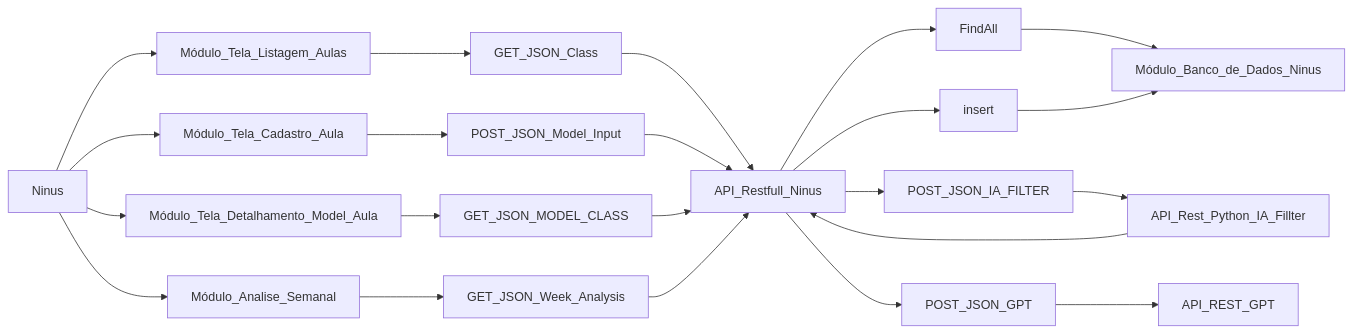
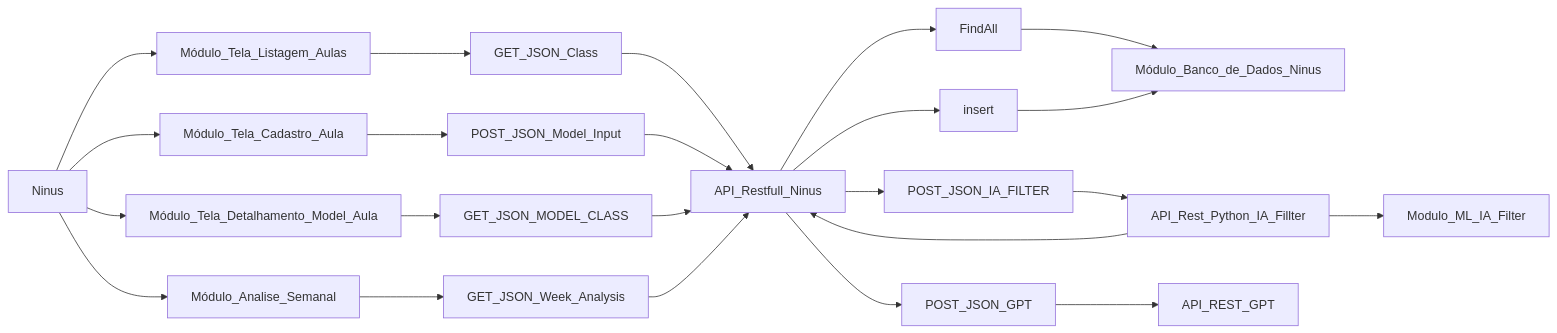
One commit to VitorRT/Sprint2-Digital-Business-Vitor changed the diagram in README.md. Above: the diagram before and after it, drawn with Mermaid.

````diff
--- a/README.md
+++ b/README.md
@@ -49,28 +49,29 @@
 ```mermaid
 graph LR
 
 Ninus-->Módulo_Tela_Listagem_Aulas
 Módulo_Tela_Listagem_Aulas-->GET_JSON_Class
 GET_JSON_Class-->API_Restfull_Ninus
 API_Restfull_Ninus-->FindAll
 FindAll-->Módulo_Banco_de_Dados_Ninus
 
 Ninus-->Módulo_Tela_Cadastro_Aula
 Módulo_Tela_Cadastro_Aula-->POST_JSON_Model_Input
 POST_JSON_Model_Input-->API_Restfull_Ninus
 API_Restfull_Ninus-->POST_JSON_IA_FILTER
 POST_JSON_IA_FILTER-->API_Rest_Python_IA_Fillter
+API_Rest_Python_IA_Fillter-->Modulo_ML_IA_Filter
 API_Rest_Python_IA_Fillter-->API_Restfull_Ninus
 API_Restfull_Ninus-->insert
 insert-->Módulo_Banco_de_Dados_Ninus
 API_Restfull_Ninus-->POST_JSON_GPT
 POST_JSON_GPT-->API_REST_GPT
 
 Ninus-->Módulo_Tela_Detalhamento_Model_Aula
 Módulo_Tela_Detalhamento_Model_Aula-->GET_JSON_MODEL_CLASS
 GET_JSON_MODEL_CLASS-->API_Restfull_Ninus
 
 Ninus-->Módulo_Analise_Semanal
 Módulo_Analise_Semanal-->GET_JSON_Week_Analysis
 GET_JSON_Week_Analysis-->API_Restfull_Ninus
 ```
````
